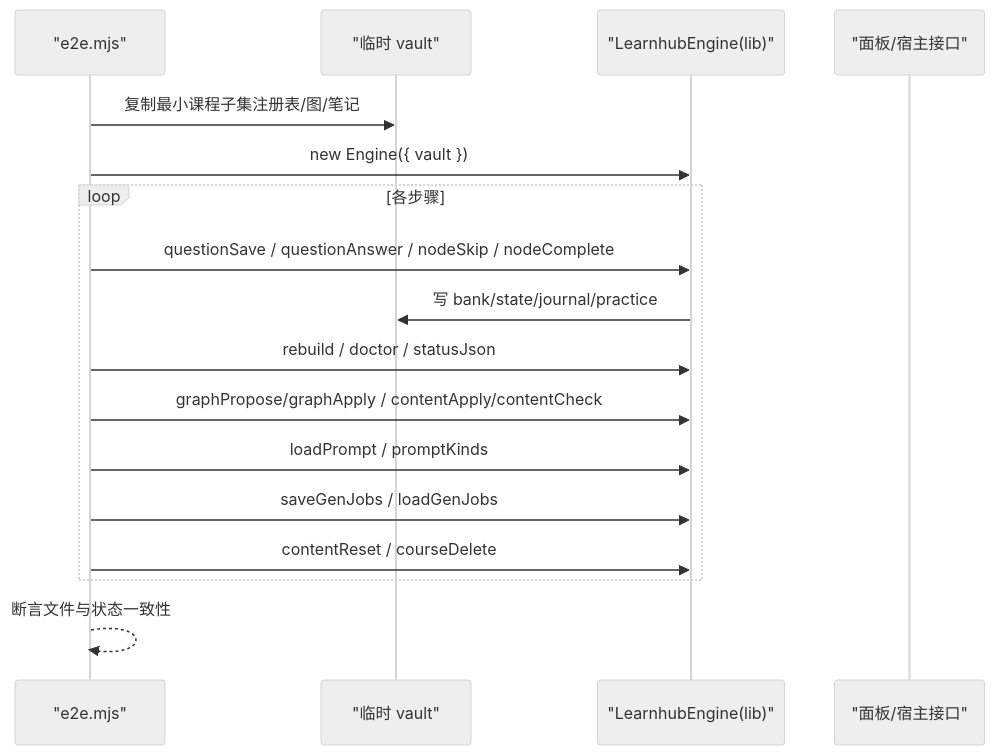
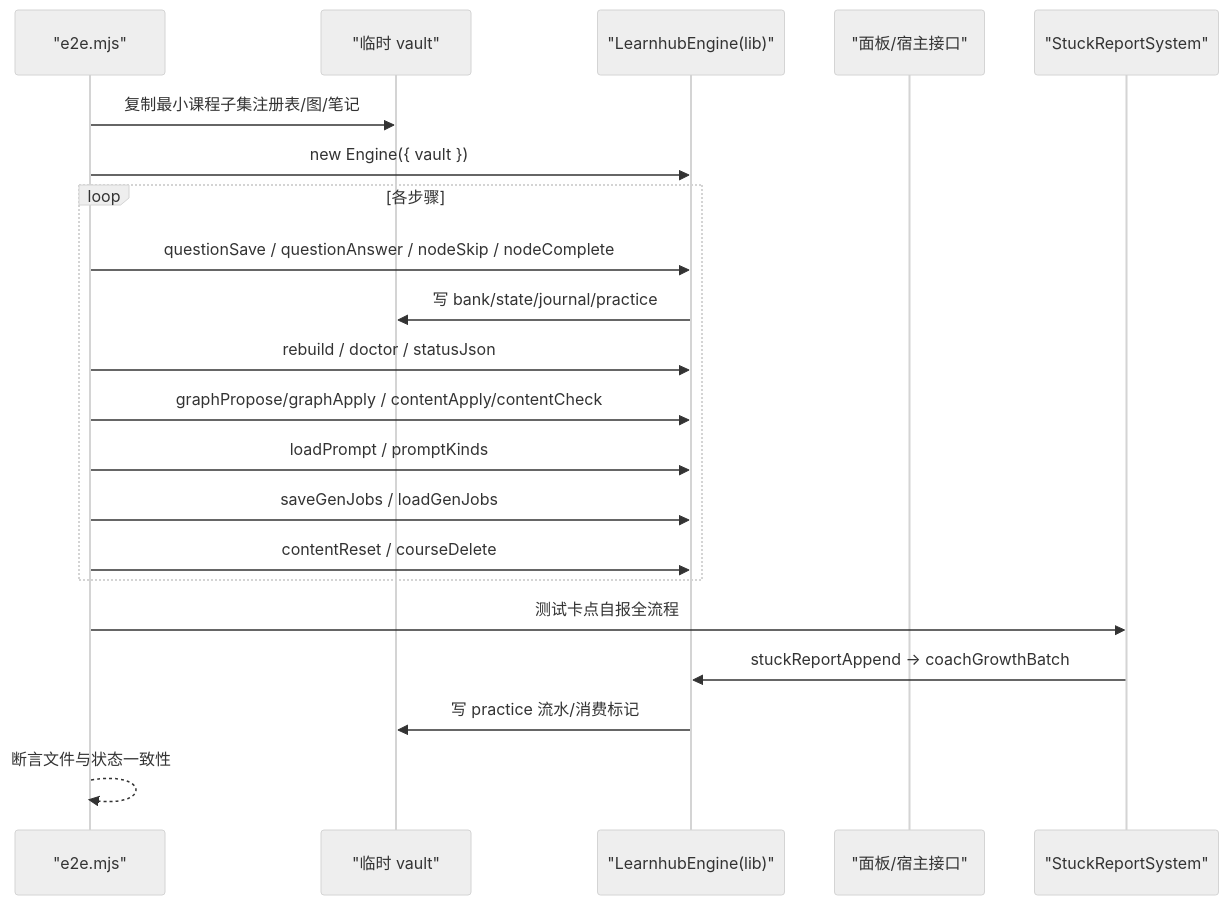
The fifth of 8 diagrams in .qoder/repowiki/zh/content/测试策略/测试策略.md (maozhijie/learnhub-plugin), drawn with Mermaid (neutral theme) before and after one commit. The commit also changed other lines of this file and 8 other files, not shown here.

````diff
--- a/.qoder/repowiki/zh/content/测试策略/测试策略.md
+++ b/.qoder/repowiki/zh/content/测试策略/测试策略.md
@@ -159,19 +192,23 @@
 ```mermaid
 sequenceDiagram
 participant S as "e2e.mjs"
 participant FS as "临时 vault"
 participant E as "LearnhubEngine(lib)"
 participant P as "面板/宿主接口"
+participant SR as "StuckReportSystem"
 S->>FS : 复制最小课程子集注册表/图/笔记
 S->>E : new Engine({ vault })
 loop 各步骤
 S->>E : questionSave / questionAnswer / nodeSkip / nodeComplete
 E->>FS : 写 bank/state/journal/practice
 S->>E : rebuild / doctor / statusJson
 S->>E : graphPropose/graphApply / contentApply/contentCheck
 S->>E : loadPrompt / promptKinds
 S->>E : saveGenJobs / loadGenJobs
 S->>E : contentReset / courseDelete
 end
+S->>SR : 测试卡点自报全流程
+SR->>E : stuckReportAppend → coachGrowthBatch
+E->>FS : 写 practice 流水/消费标记
 S-->>S : 断言文件与状态一致性
 ```
````
